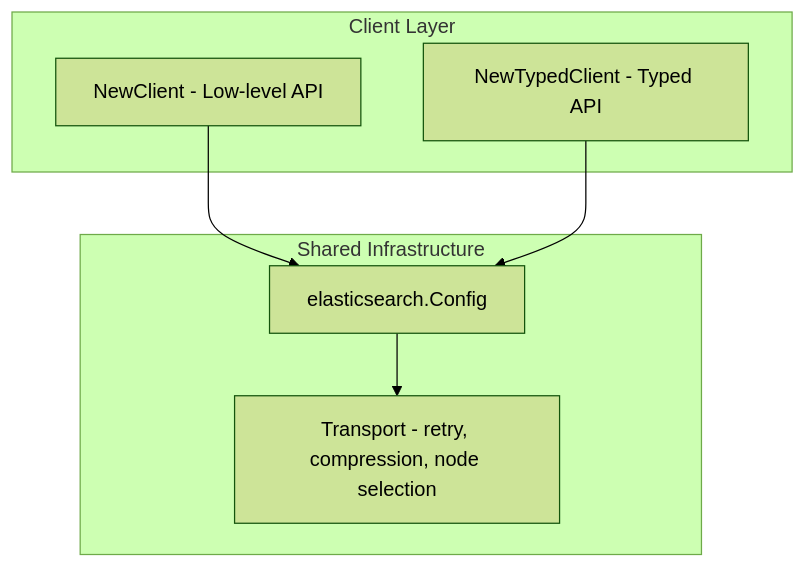
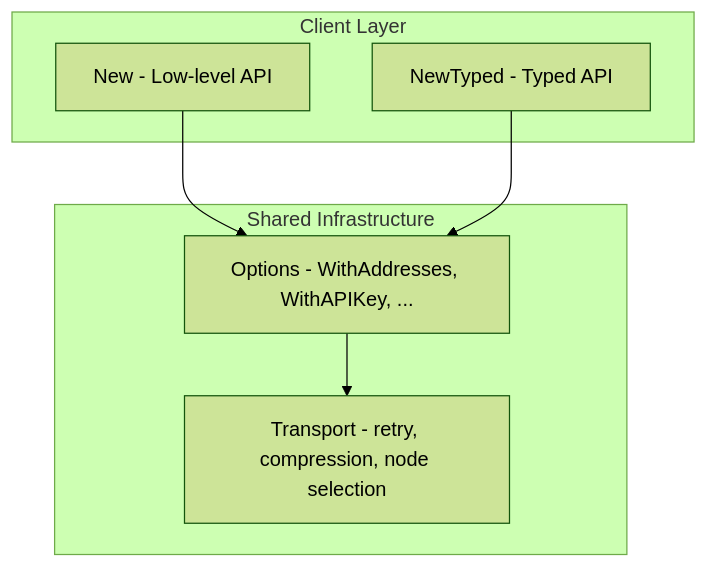
Before and after one commit to elastic/go-elasticsearch: the first of 2 diagrams in docs/reference/typed-api/index.md, drawn with Mermaid (forest theme). The commit also changed other lines of this file and 63 other files, not shown here.

First line of the commit message:
refactor: update all usages of deprecated client constructors to use New/NewTyped with options

````diff
--- a/docs/reference/typed-api/index.md
+++ b/docs/reference/typed-api/index.md
@@ -38,16 +38,16 @@
 ```mermaid
 graph TB
     subgraph clients [Client Layer]
-        LC["NewClient - Low-level API"]
-        TC["NewTypedClient - Typed API"]
+        LC["New - Low-level API"]
+        TC["NewTyped - Typed API"]
     end
 
     subgraph shared [Shared Infrastructure]
-        CFG["elasticsearch.Config"]
+        OPTS["Options - WithAddresses, WithAPIKey, ..."]
         TP["Transport - retry, compression, node selection"]
     end
 
-    LC --> CFG
-    TC --> CFG
-    CFG --> TP
+    LC --> OPTS
+    TC --> OPTS
+    OPTS --> TP
 ```
````
